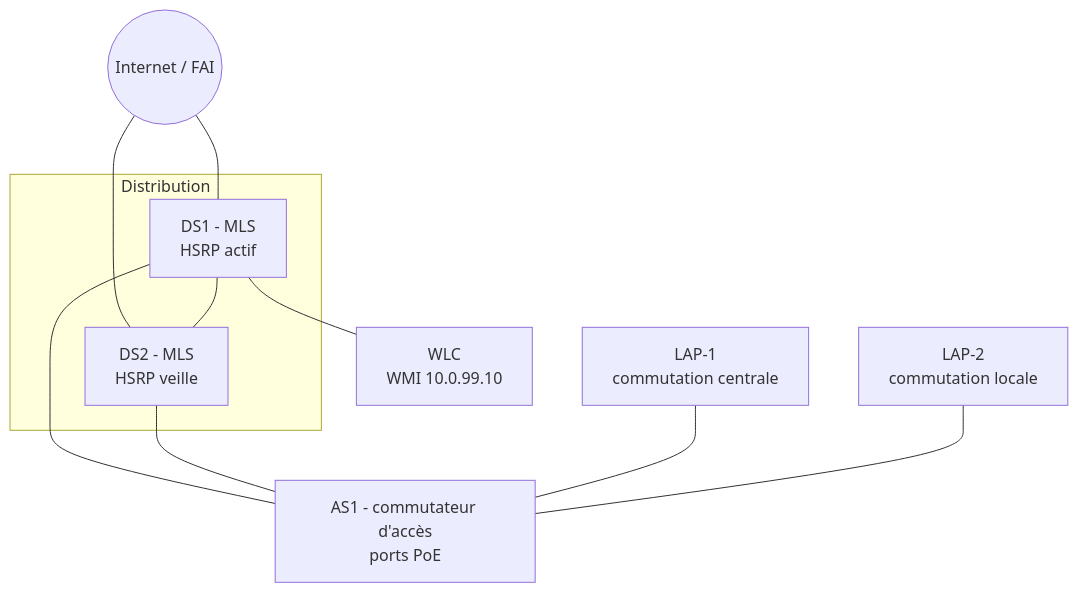
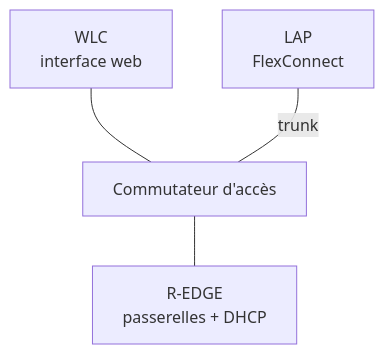
Before and after one commit to btcem/3C5-WiFi1: the diagram in docs/m2-index.md, drawn with Mermaid. The commit also changed other lines of this file and 27 other files, not shown here.

````diff
--- a/docs/m2-index.md
+++ b/docs/m2-index.md
@@ -61,20 +66,10 @@
 ```mermaid
 flowchart TB
-  INT(("Internet / FAI"))
-  subgraph DIST["Distribution"]
-    D1["DS1 - MLS<br/>HSRP actif"]
-    D2["DS2 - MLS<br/>HSRP veille"]
-  end
-  A1["AS1 - commutateur d'accès<br/>ports PoE"]
-  WLC["WLC<br/>WMI 10.0.99.10"]
-  LAPC["LAP-1<br/>commutation centrale"]
-  LAPL["LAP-2<br/>commutation locale"]
-  INT --- D1
-  INT --- D2
-  D1 --- D2
-  D1 --- A1
-  D2 --- A1
-  D1 --- WLC
-  LAPC --- A1
-  LAPL --- A1
+  WLC["WLC<br/>interface web"]
+  SW["Commutateur d'accès"]
+  RE["R-EDGE<br/>passerelles + DHCP"]
+  LAP["LAP<br/>FlexConnect"]
+  WLC --- SW
+  SW --- RE
+  LAP ---|"trunk"| SW
 ```
````
